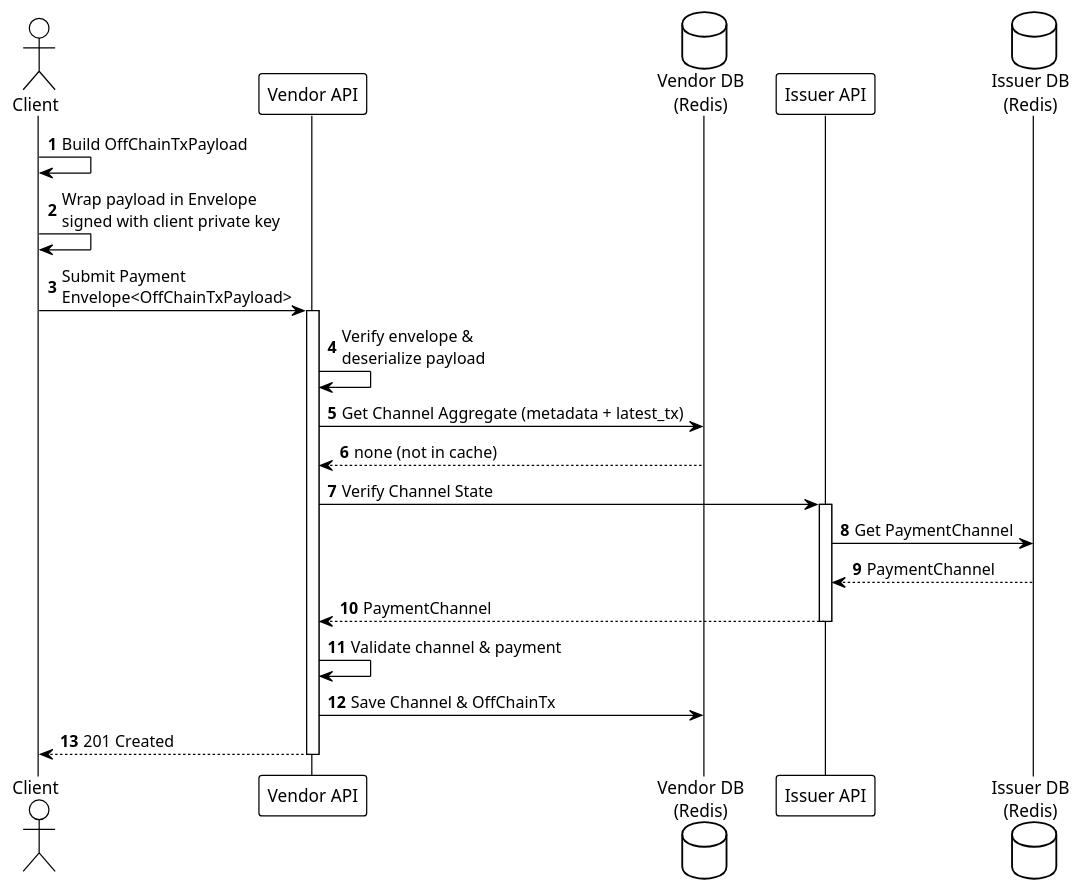
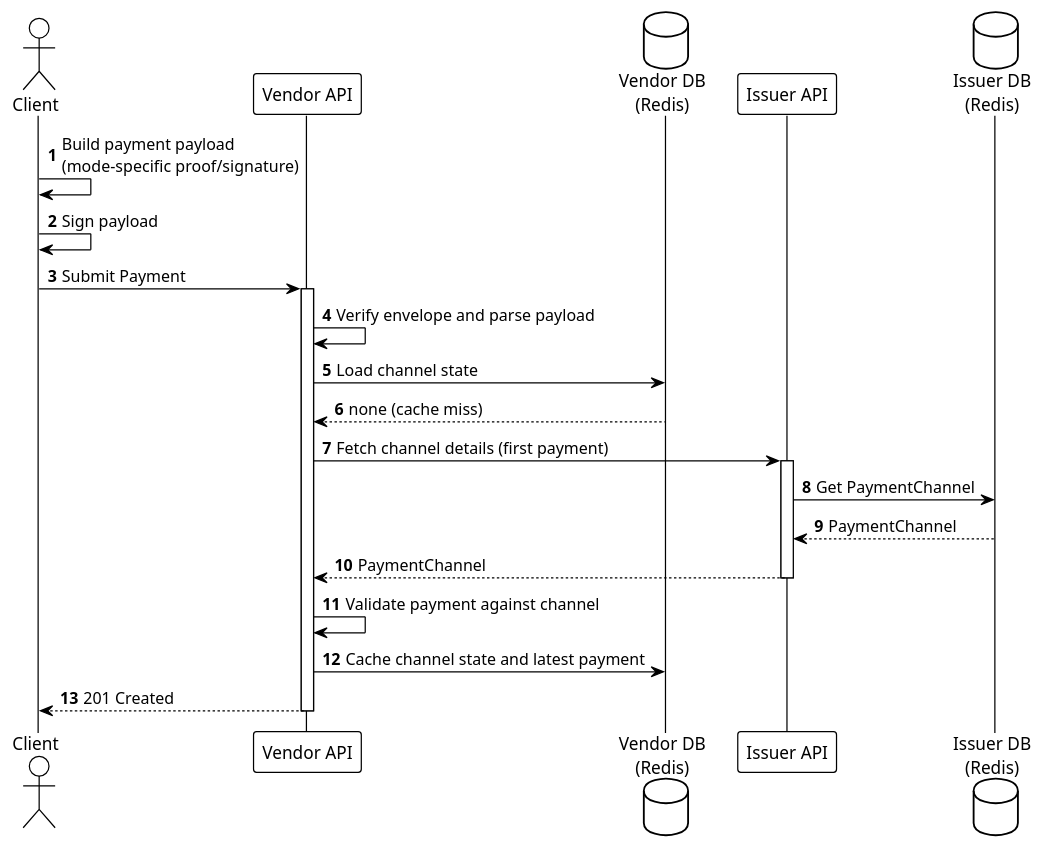
One commit to otaviootavio/nanomoni changed the diagram in umls/phase2a-first-payment.puml. Above: the diagram before and after it, drawn with PlantUML. The commit also changed 73 other files, not shown here.

First line of the commit message:
Refactor payment channel handling and update terminology

```diff
--- a/umls/phase2a-first-payment.puml
+++ b/umls/phase2a-first-payment.puml
@@ -1,37 +1,37 @@
 @startuml Phase2a_First_Payment
 
 !theme plain
 autonumber
 
 actor "Client" as Client
 participant "Vendor API" as Vendor
 database "Vendor DB\n(Redis)" as VendorDB
 participant "Issuer API" as Issuer
 database "Issuer DB\n(Redis)" as IssuerDB
 
-Client -> Client: Build OffChainTxPayload
-Client -> Client: Wrap payload in Envelope\nsigned with client private key
+Client -> Client: Build payment payload\n(mode-specific proof/signature)
+Client -> Client: Sign payload
 
-Client -> Vendor: Submit Payment\nEnvelope<OffChainTxPayload>
+Client -> Vendor: Submit Payment
 activate Vendor
 
-Vendor -> Vendor: Verify envelope &\ndeserialize payload
+Vendor -> Vendor: Verify envelope and parse payload
 
-Vendor -> VendorDB: Get Channel Aggregate (metadata + latest_tx)
-VendorDB --> Vendor: none (not in cache)
+Vendor -> VendorDB: Load channel state
+VendorDB --> Vendor: none (cache miss)
 
-Vendor -> Issuer: Verify Channel State
+Vendor -> Issuer: Fetch channel details (first payment)
 activate Issuer
 Issuer -> IssuerDB: Get PaymentChannel
 IssuerDB --> Issuer: PaymentChannel
 Issuer --> Vendor: PaymentChannel
 deactivate Issuer
 
-Vendor -> Vendor: Validate channel & payment
+Vendor -> Vendor: Validate payment against channel
 
-Vendor -> VendorDB: Save Channel & OffChainTx
+Vendor -> VendorDB: Cache channel state and latest payment
 
 Vendor --> Client: 201 Created
 deactivate Vendor
 
 @enduml
```
